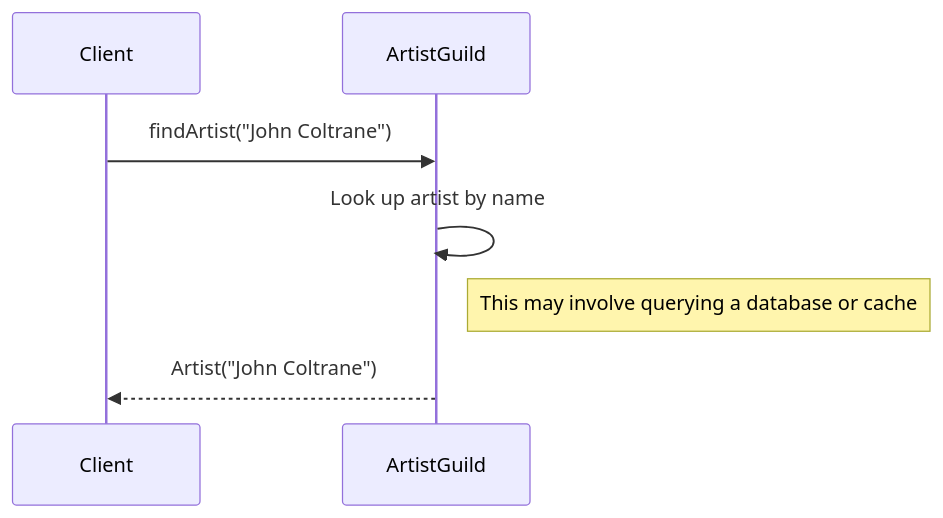
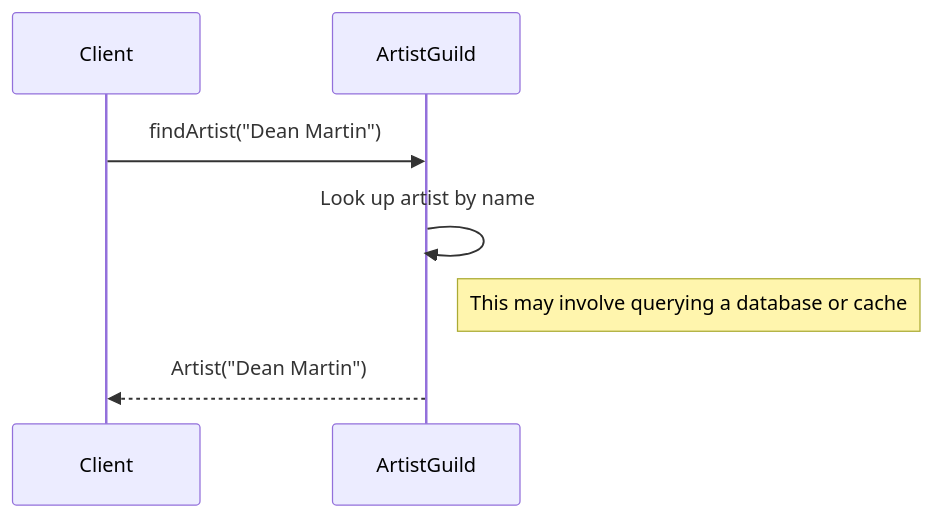
The first of 4 diagrams in slides/concurrency.md (polyvariant/flavors-of-scala), drawn with Mermaid before and after one commit. The commit also changed other lines of this file and 2 other files, not shown here.

````diff
--- a/slides/concurrency.md
+++ b/slides/concurrency.md
@@ -167,12 +169,12 @@
 ```mermaid
 
 sequenceDiagram
     participant Client as Client
     participant ArtistGuild as ArtistGuild
 
-    Client->>ArtistGuild: findArtist("John Coltrane")
+    Client->>ArtistGuild: findArtist("Dean Martin")
     ArtistGuild->>ArtistGuild: Look up artist by name
     Note right of ArtistGuild: This may involve querying a database or cache
-    ArtistGuild-->>Client: Artist("John Coltrane")
+    ArtistGuild-->>Client: Artist("Dean Martin")
 
 ```
````
